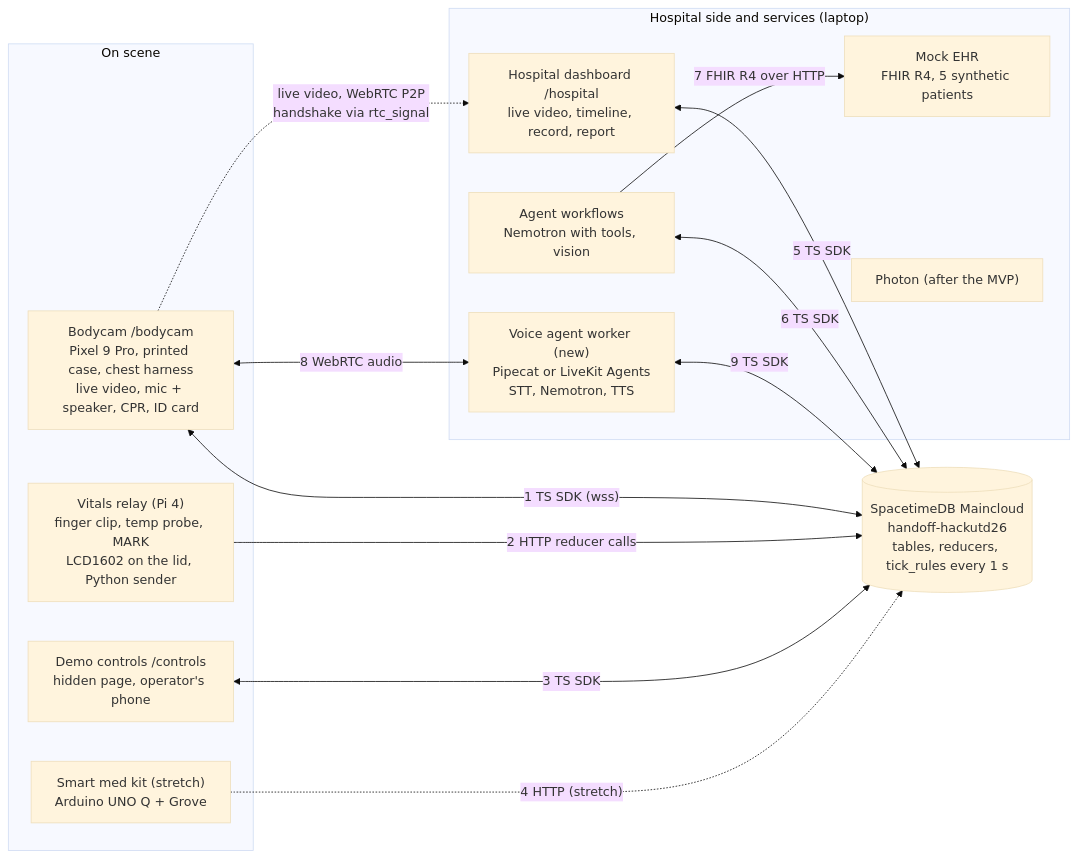
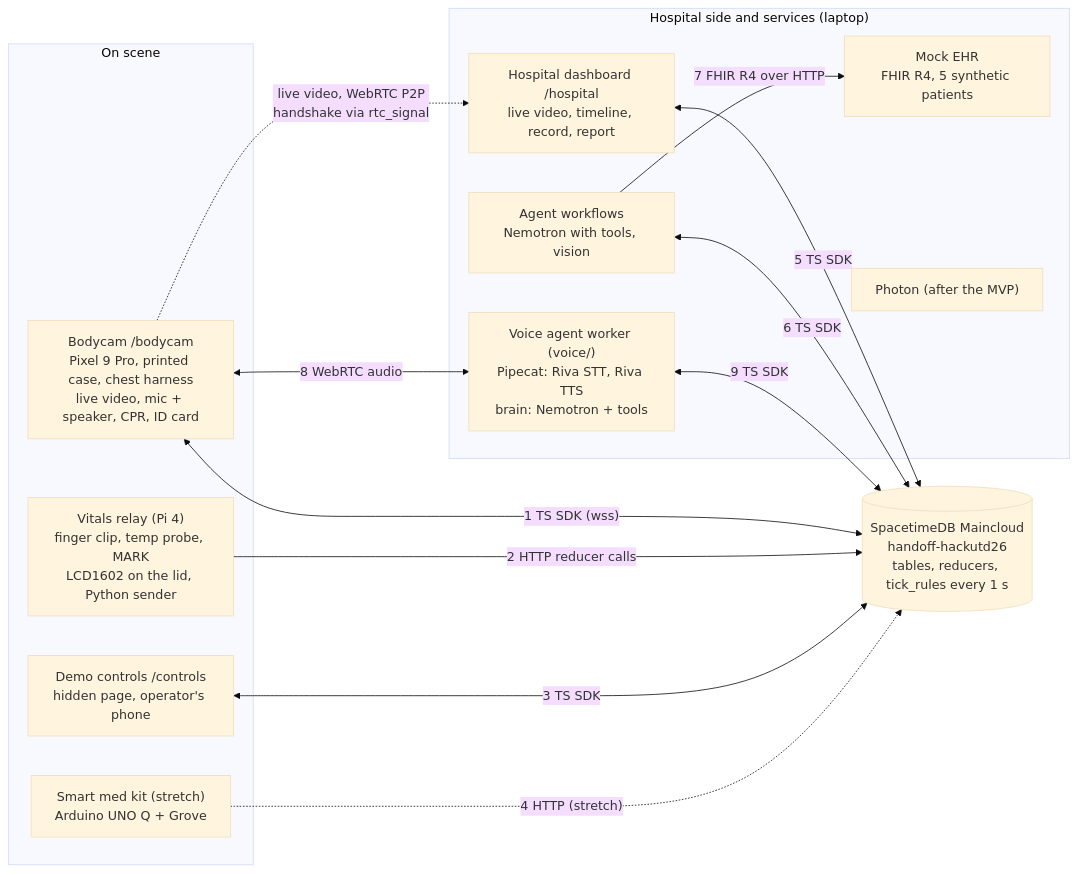
The first of 11 diagrams in docs/context/SPEC.md (rishi-golla/hackutd26), drawn with Mermaid (base theme) before and after one commit. The commit also changed other lines of this file and 83 other files, not shown here.

First line of the commit message:
Add the voice agent worker (voice/): Nemotron brain, mocks, Pipecat audio worker

````diff
--- a/docs/context/SPEC.md
+++ b/docs/context/SPEC.md
@@ -325,27 +391,27 @@
 ```mermaid
 flowchart LR
   subgraph scene["On scene"]
     BC["Bodycam /bodycam<br/>Pixel 9 Pro, printed case, chest harness<br/>live video, mic + speaker, CPR, ID card"]
     RL["Vitals relay (Pi 4)<br/>finger clip, temp probe, MARK<br/>LCD1602 on the lid, Python sender"]
     CT["Demo controls /controls<br/>hidden page, operator's phone"]
     KIT["Smart med kit (stretch)<br/>Arduino UNO Q + Grove"]
   end
   DB[("SpacetimeDB Maincloud<br/>handoff-hackutd26<br/>tables, reducers, tick_rules every 1 s")]
   subgraph side["Hospital side and services (laptop)"]
     HOS["Hospital dashboard /hospital<br/>live video, timeline, record, report"]
-    VA["Voice agent worker (new)<br/>Pipecat or LiveKit Agents<br/>STT, Nemotron, TTS"]
+    VA["Voice agent worker (voice/)<br/>Pipecat: Riva STT, Riva TTS<br/>brain: Nemotron + tools"]
     AG["Agent workflows<br/>Nemotron with tools, vision"]
     EHR["Mock EHR<br/>FHIR R4, 5 synthetic patients"]
     PH["Photon (after the MVP)"]
   end
   BC <-->|"1 TS SDK (wss)"| DB
   RL -->|"2 HTTP reducer calls"| DB
   CT <-->|"3 TS SDK"| DB
   KIT -.->|"4 HTTP (stretch)"| DB
   HOS <-->|"5 TS SDK"| DB
   AG <-->|"6 TS SDK"| DB
   AG -->|"7 FHIR R4 over HTTP"| EHR
   BC <-->|"8 WebRTC audio"| VA
   VA <-->|"9 TS SDK"| DB
   BC -.->|"live video, WebRTC P2P<br/>handshake via rtc_signal"| HOS
 ```
````
